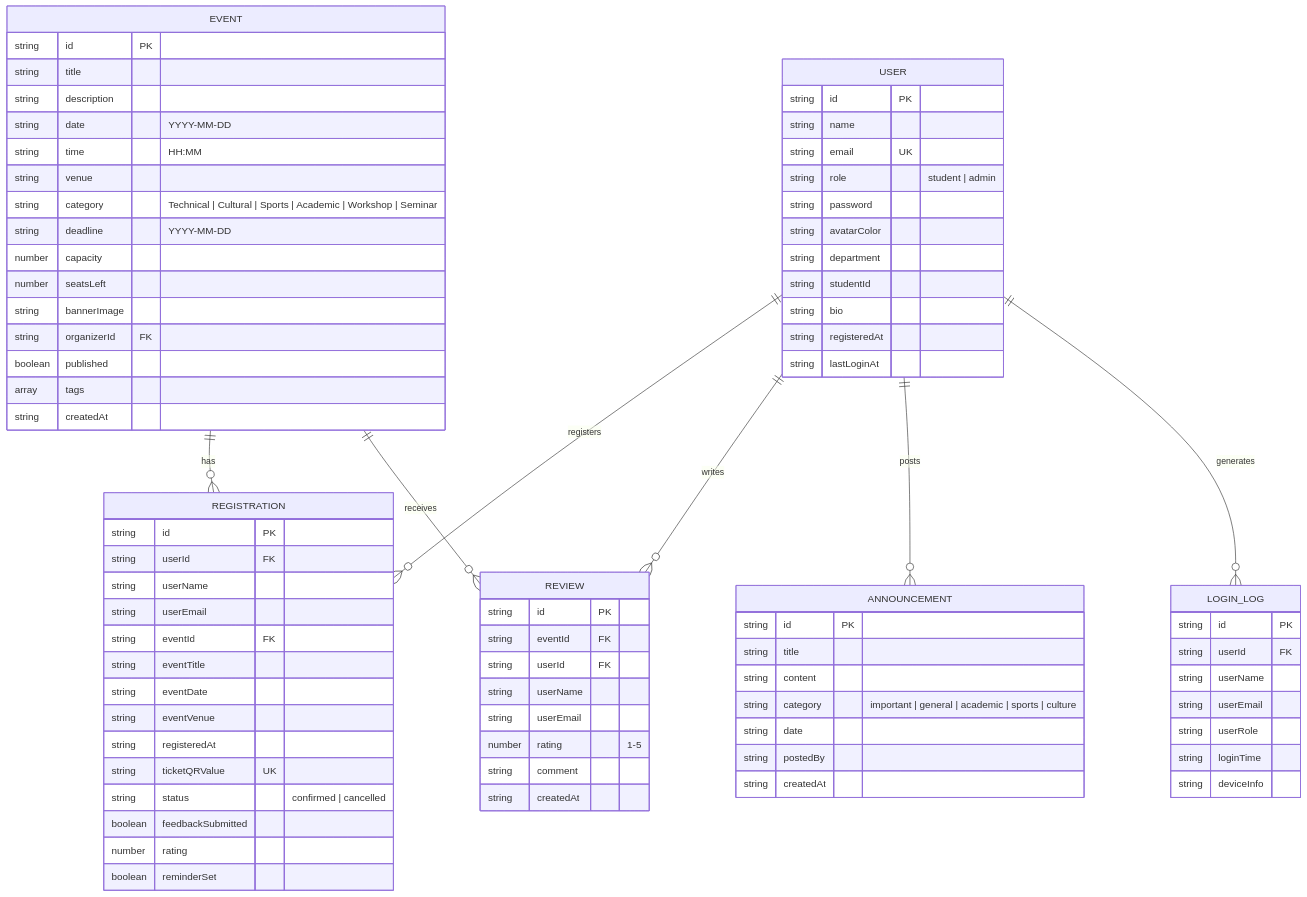
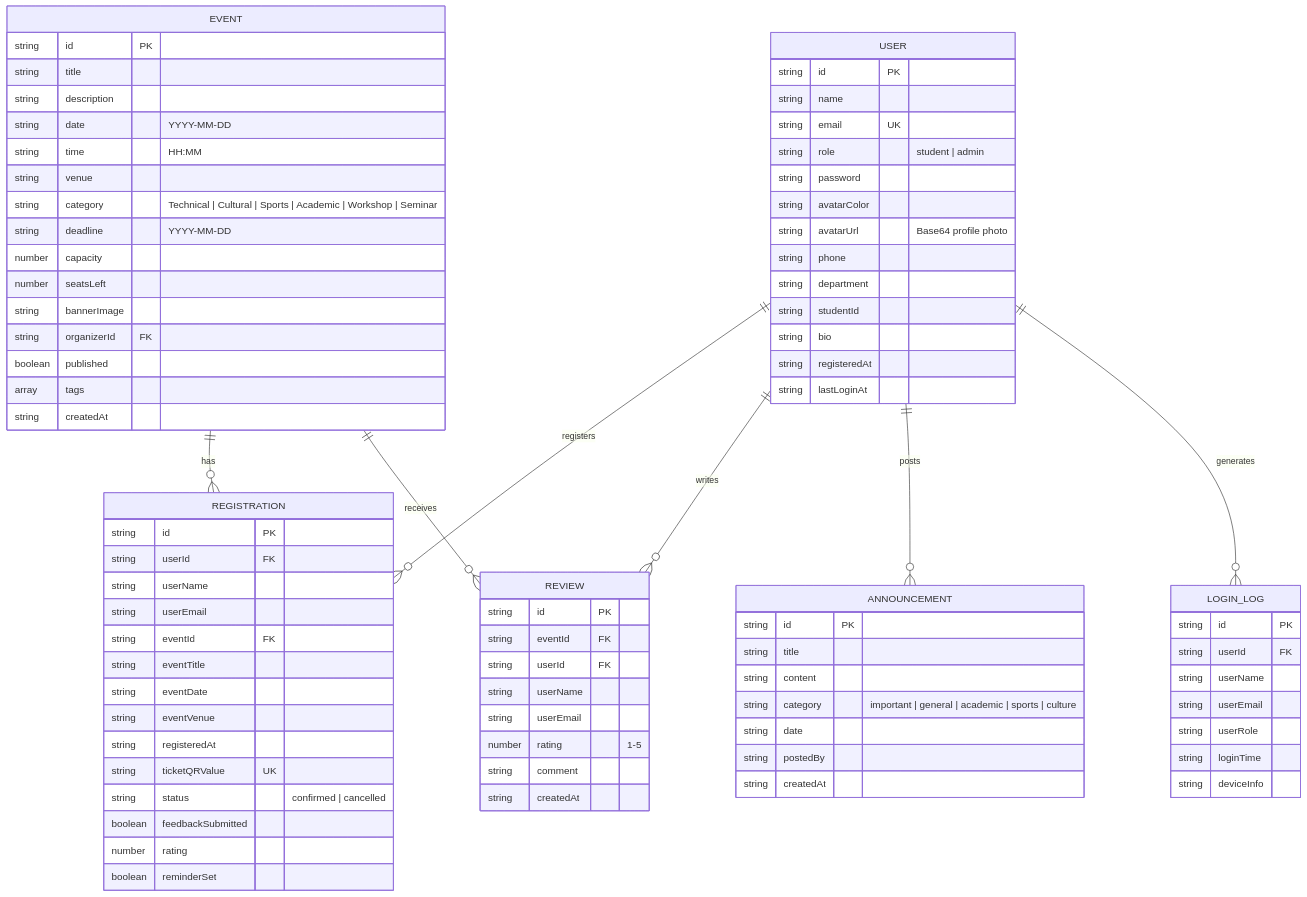
The diagram in README.md (Pranay-Sai-Nadh-2006/college-event-portal), drawn with Mermaid before and after one commit. The commit also changed other lines of this file, not shown here.

Commit message:
docs: Polish README to include recent schema updates and QR features

```diff
--- a/README.md
+++ b/README.md
@@ -157,6 +157,8 @@
         string role "student | admin"
         string password
         string avatarColor
+        string avatarUrl "Base64 profile photo"
+        string phone
         string department
         string studentId
         string bio
```
